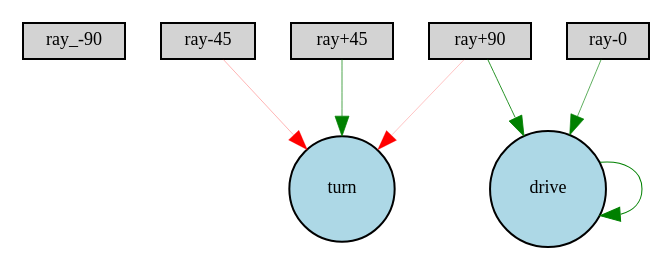
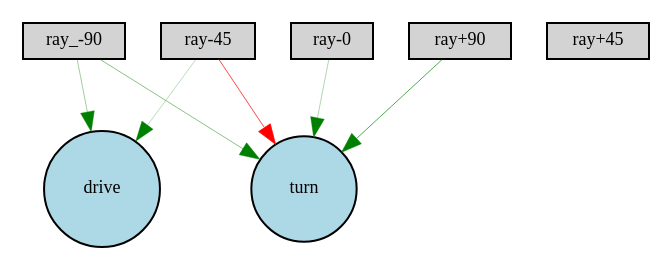
One commit to JackLowry/Boost changed the diagram in Digraph.gv. Above: the diagram before and after it, drawn with Graphviz. The commit also changed 4 other files, not shown here.

```diff
--- a/Digraph.gv
+++ b/Digraph.gv
@@ -1,16 +1,16 @@
 digraph {
 	node [fontsize=9 height=0.2 shape=circle width=0.2]
 	"ray_-90" [fillcolor=lightgray shape=box style=filled]
 	"ray-45" [fillcolor=lightgray shape=box style=filled]
 	"ray-0" [fillcolor=lightgray shape=box style=filled]
 	"ray+45" [fillcolor=lightgray shape=box style=filled]
 	"ray+90" [fillcolor=lightgray shape=box style=filled]
 	drive [fillcolor=lightblue style=filled]
 	turn [fillcolor=lightblue style=filled]
-	"ray+45" -> turn [color=green penwidth=0.35071437238032277 style=solid]
-	"ray-0" -> drive [color=green penwidth=0.3204236174725193 style=solid]
-	"ray-45" -> turn [color=red penwidth=0.1468014607204133 style=solid]
-	"ray+90" -> turn [color=red penwidth=0.11671992512460544 style=solid]
-	"ray+90" -> drive [color=green penwidth=0.4194762878892856 style=solid]
-	drive -> drive [color=green penwidth=0.5193178155368597 style=solid]
+	"ray-0" -> turn [color=green penwidth=0.1631768606044061 style=solid]
+	"ray-45" -> turn [color=red penwidth=0.3722017761342584 style=solid]
+	"ray_-90" -> drive [color=green penwidth=0.1933817389390459 style=solid]
+	"ray_-90" -> turn [color=green penwidth=0.23676202154490789 style=solid]
+	"ray-45" -> drive [color=green penwidth=0.14429115692999198 style=solid]
+	"ray+90" -> turn [color=green penwidth=0.34310174009339245 style=solid]
 }
```
